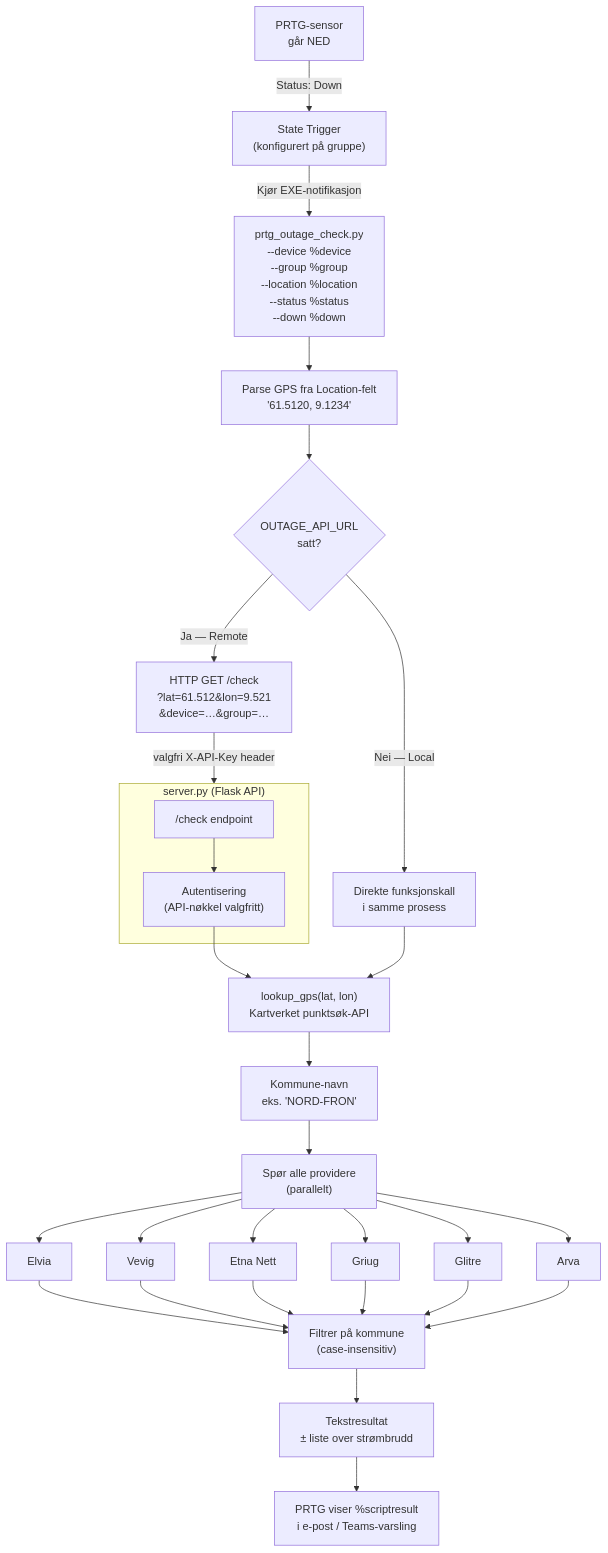
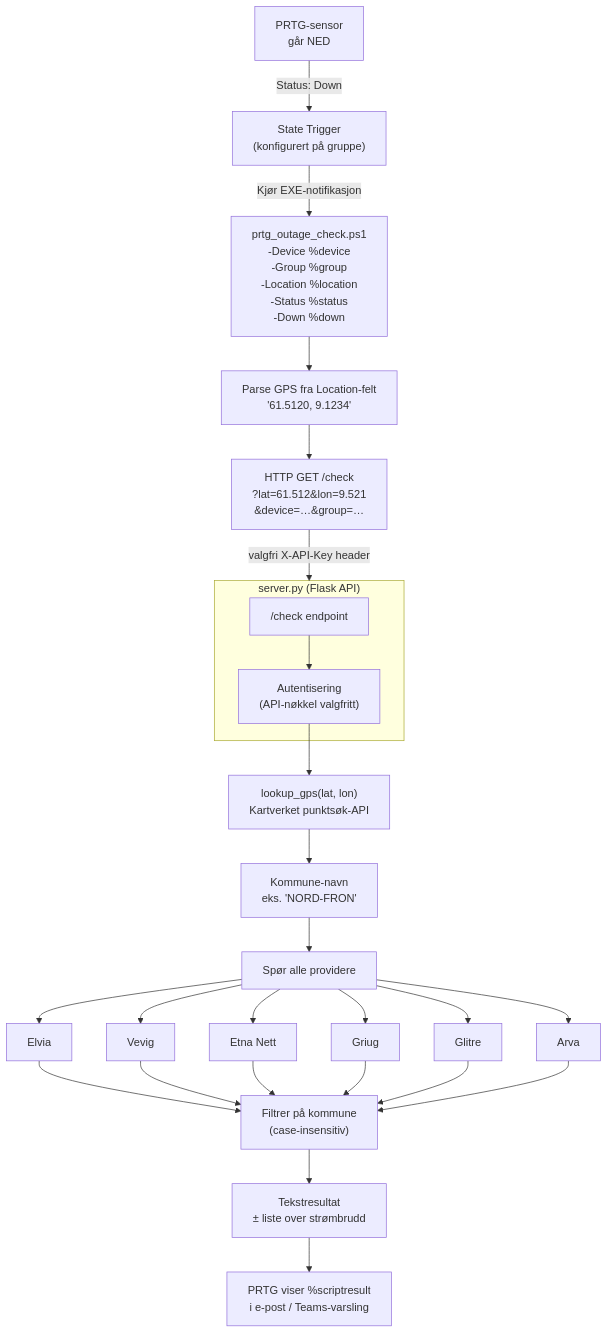
The first of 3 diagrams in docs/design.md (mrfoyl/power_monitor), drawn with Mermaid before and after one commit. The commit also changed other lines of this file and 2 other files, not shown here.

First line of the commit message:
refactor: remove Python PRTG script, PowerShell is now the only option

````diff
--- a/docs/design.md
+++ b/docs/design.md
@@ -5,43 +5,39 @@
 ```mermaid
 flowchart TD
     SENSOR[PRTG-sensor\ngår NED]
     TRIGGER["State Trigger\n(konfigurert på gruppe)"]
-    SCRIPT["prtg_outage_check.py\n--device %device\n--group %group\n--location %location\n--status %status\n--down %down"]
+    SCRIPT["prtg_outage_check.ps1\n-Device %device\n-Group %group\n-Location %location\n-Status %status\n-Down %down"]
 
     SENSOR -->|Status: Down| TRIGGER
     TRIGGER -->|Kjør EXE-notifikasjon| SCRIPT
 
     SCRIPT --> PARSE["Parse GPS fra Location-felt\n'61.5120, 9.1234'"]
-    PARSE --> MODE{OUTAGE_API_URL\nsatt?}
-
-    MODE -->|Ja — Remote| HTTP["HTTP GET /check\n?lat=61.512&lon=9.521\n&device=…&group=…"]
-    MODE -->|Nei — Local| LOCAL["Direkte funksjonskall\ni samme prosess"]
+    PARSE --> HTTP["HTTP GET /check\n?lat=61.512&lon=9.521\n&device=…&group=…"]
 
     HTTP -->|valgfri X-API-Key header| SERVER
 
     subgraph SERVER["server.py  (Flask API)"]
         ROUTE["/check endpoint"]
         AUTH["Autentisering\n(API-nøkkel valgfritt)"]
         ROUTE --> AUTH
     end
 
     AUTH --> GEOCODE
-    LOCAL --> GEOCODE
 
     GEOCODE["lookup_gps(lat, lon)\nKartverket punktsøk-API"]
     GEOCODE --> MUNIC["Kommune-navn\neks. 'NORD-FRON'"]
 
-    MUNIC --> PROV["Spør alle providere\n(parallelt)"]
+    MUNIC --> PROV["Spør alle providere"]
 
     PROV --> E["Elvia"]
     PROV --> V["Vevig"]
     PROV --> ET["Etna Nett"]
     PROV --> G["Griug"]
     PROV --> GL["Glitre"]
     PROV --> A["Arva"]
 
     E & V & ET & G & GL & A --> FILTER["Filtrer på kommune\n(case-insensitiv)"]
 
     FILTER --> RESULT["Tekstresultat\n± liste over strømbrudd"]
     RESULT --> PRTG_OUT["PRTG viser %scriptresult\ni e-post / Teams-varsling"]
 ```
````
